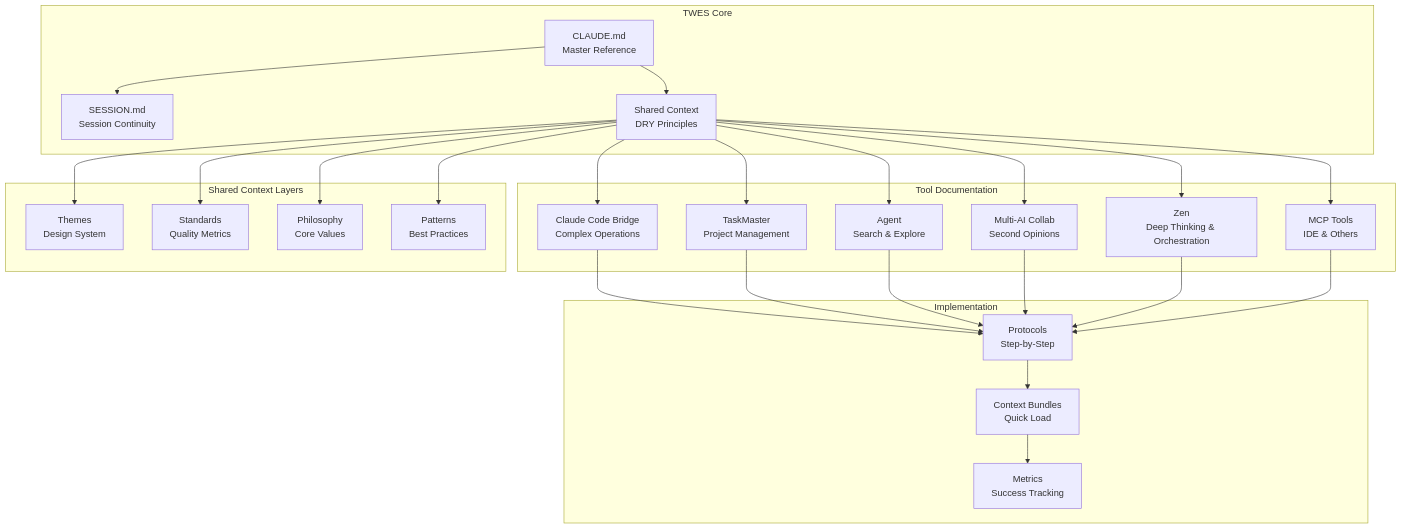
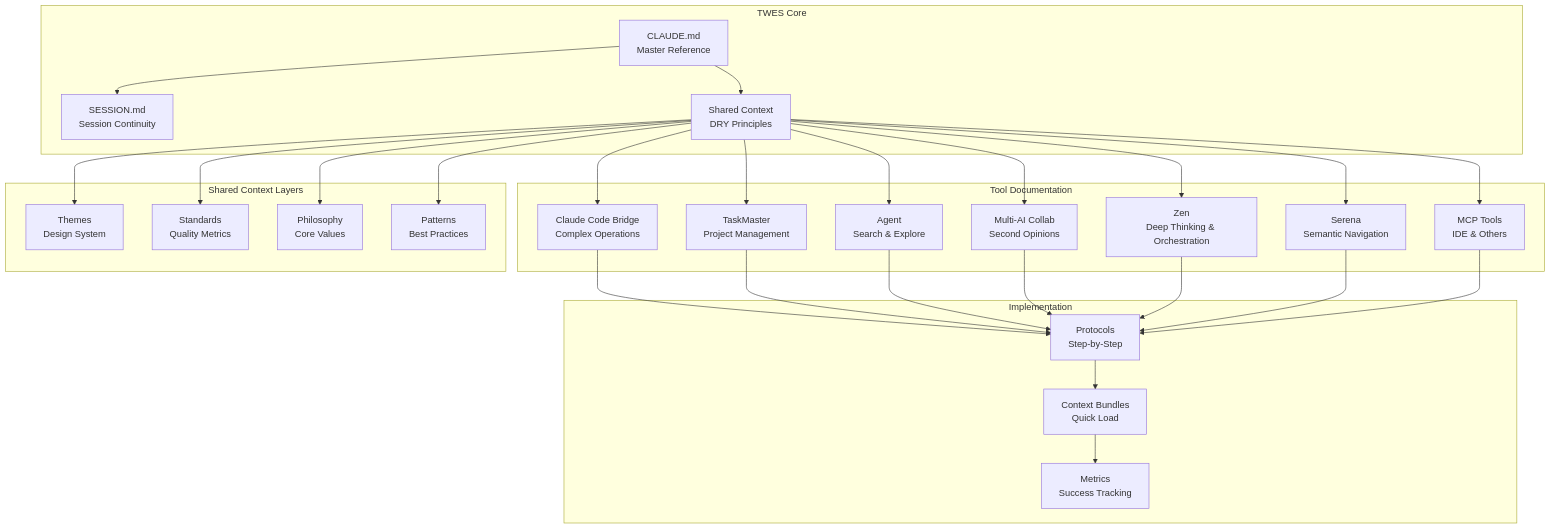
The diagram in docs/ai/TWES-SYSTEM-MAP.md (loucmane/blog), drawn with Mermaid before and after one commit. The commit also changed other lines of this file and 19 other files, not shown here.

````diff
--- a/docs/ai/TWES-SYSTEM-MAP.md
+++ b/docs/ai/TWES-SYSTEM-MAP.md
@@ -7,54 +7,57 @@
 ```mermaid
 graph TB
     subgraph "TWES Core"
         CLAUDE[CLAUDE.md<br/>Master Reference]
         SESSION[SESSION.md<br/>Session Continuity]
         SHARED[Shared Context<br/>DRY Principles]
     end
 
     subgraph "Tool Documentation"
         CB[Claude Code Bridge<br/>Complex Operations]
         TM[TaskMaster<br/>Project Management]
         AG[Agent<br/>Search & Explore]
         MAC[Multi-AI Collab<br/>Second Opinions]
         ZEN[Zen<br/>Deep Thinking & Orchestration]
+        SERENA[Serena<br/>Semantic Navigation]
         MCP[MCP Tools<br/>IDE & Others]
     end
 
     subgraph "Shared Context Layers"
         THEMES[Themes<br/>Design System]
         STANDARDS[Standards<br/>Quality Metrics]
         PHILOSOPHY[Philosophy<br/>Core Values]
         PATTERNS[Patterns<br/>Best Practices]
     end
 
     subgraph "Implementation"
         PROTOCOLS[Protocols<br/>Step-by-Step]
         BUNDLES[Context Bundles<br/>Quick Load]
         METRICS[Metrics<br/>Success Tracking]
     end
 
     CLAUDE --> SESSION
     CLAUDE --> SHARED
     SHARED --> CB
     SHARED --> TM
     SHARED --> AG
     SHARED --> MAC
     SHARED --> ZEN
+    SHARED --> SERENA
     SHARED --> MCP
     
     SHARED --> THEMES
     SHARED --> STANDARDS
     SHARED --> PHILOSOPHY
     SHARED --> PATTERNS
     
     CB --> PROTOCOLS
     TM --> PROTOCOLS
     AG --> PROTOCOLS
     MAC --> PROTOCOLS
     ZEN --> PROTOCOLS
+    SERENA --> PROTOCOLS
     MCP --> PROTOCOLS
     
     PROTOCOLS --> BUNDLES
     BUNDLES --> METRICS
 ```
````
